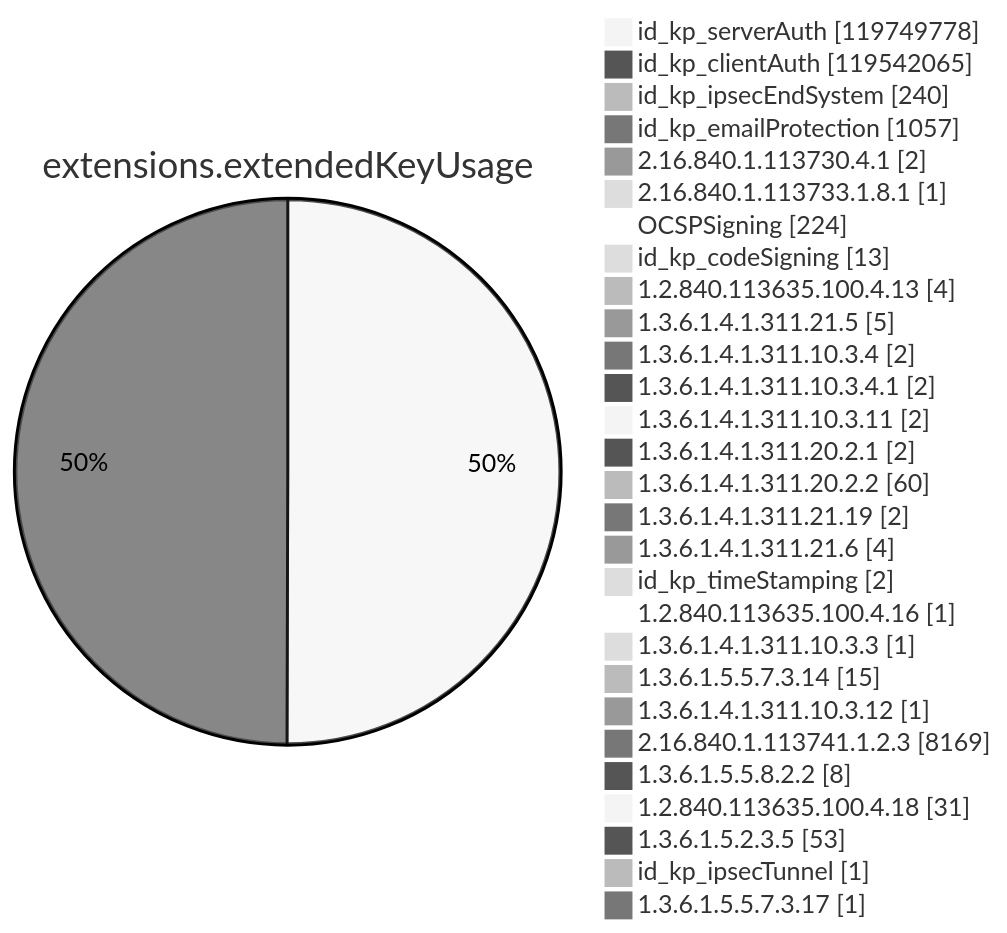
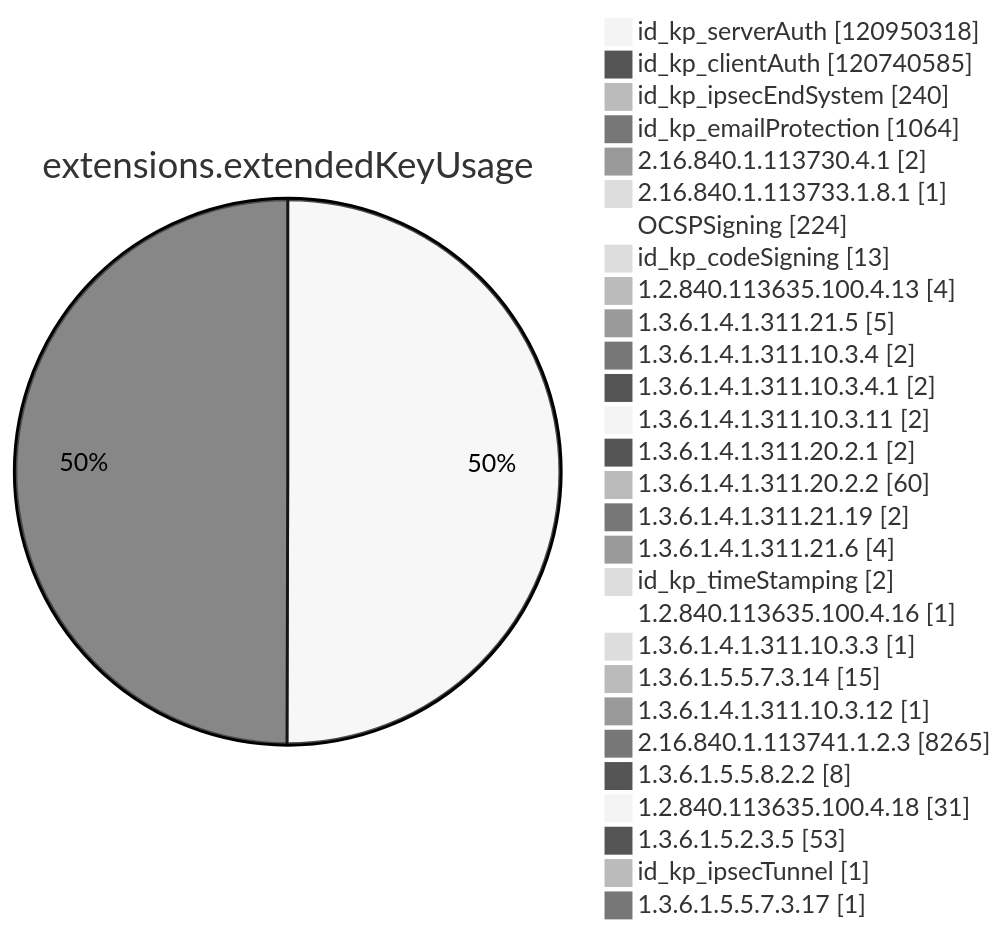
One commit to christiankrug/ctmonitor_visualization changed diagram 11 of 15 in argon2023/README.md. Above: the diagram before and after it, drawn with Mermaid (neutral theme). The commit also changed other lines of this file, not shown here.

````diff
--- a/argon2023/README.md
+++ b/argon2023/README.md
@@ -2689,32 +2694,32 @@
 ```mermaid
 pie showData
 title extensions.extendedKeyUsage
-"id_kp_serverAuth" :119749778
-"id_kp_clientAuth" :119542065
+"id_kp_serverAuth" :120950318
+"id_kp_clientAuth" :120740585
 "id_kp_ipsecEndSystem" :240
-"id_kp_emailProtection" :1057
+"id_kp_emailProtection" :1064
 "2.16.840.1.113730.4.1" :2
 "2.16.840.1.113733.1.8.1" :1
 "OCSPSigning" :224
 "id_kp_codeSigning" :13
 "1.2.840.113635.100.4.13" :4
 "1.3.6.1.4.1.311.21.5" :5
 "1.3.6.1.4.1.311.10.3.4" :2
 "1.3.6.1.4.1.311.10.3.4.1" :2
 "1.3.6.1.4.1.311.10.3.11" :2
 "1.3.6.1.4.1.311.20.2.1" :2
 "1.3.6.1.4.1.311.20.2.2" :60
 "1.3.6.1.4.1.311.21.19" :2
 "1.3.6.1.4.1.311.21.6" :4
 "id_kp_timeStamping" :2
 "1.2.840.113635.100.4.16" :1
 "1.3.6.1.4.1.311.10.3.3" :1
 "1.3.6.1.5.5.7.3.14" :15
 "1.3.6.1.4.1.311.10.3.12" :1
-"2.16.840.1.113741.1.2.3" :8169
+"2.16.840.1.113741.1.2.3" :8265
 "1.3.6.1.5.5.8.2.2" :8
 "1.2.840.113635.100.4.18" :31
 "1.3.6.1.5.2.3.5" :53
 "id_kp_ipsecTunnel" :1
 "1.3.6.1.5.5.7.3.17" :1
 ```
````
